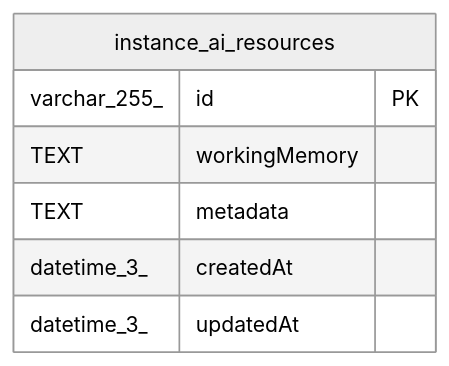
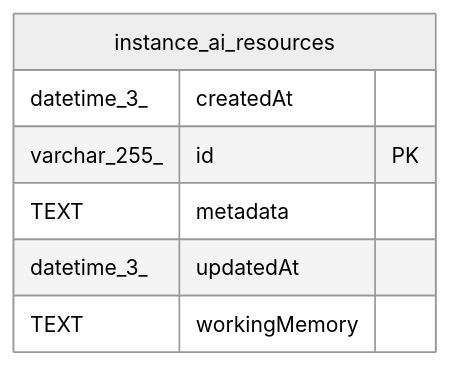
Before and after one commit to mayankjain1815-commits/n8n: the diagram in docs/generated/sqlite-schema/instance_ai_resources.md, drawn with Mermaid (neutral theme). The commit also changed other lines of this file and 221 other files, not shown here.

Commit message:
chore(core): Make DB schema docs generation deterministic (#32373)

````diff
--- a/docs/generated/sqlite-schema/instance_ai_resources.md
+++ b/docs/generated/sqlite-schema/instance_ai_resources.md
@@ -39,12 +39,12 @@
 ```mermaid
 erDiagram
 
 
 "instance_ai_resources" {
+  datetime_3_ createdAt
   varchar_255_ id PK
+  TEXT metadata
+  datetime_3_ updatedAt
   TEXT workingMemory
-  TEXT metadata
-  datetime_3_ createdAt
-  datetime_3_ updatedAt
 }
 ```
````
